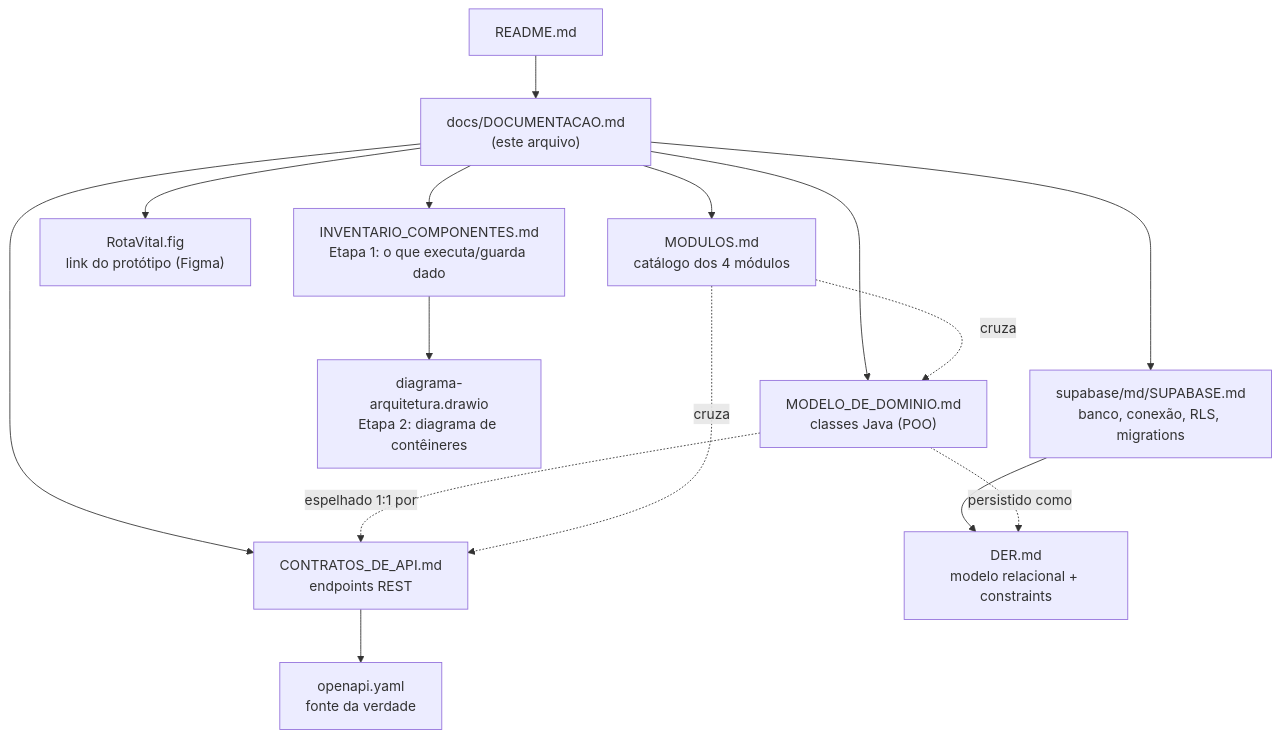
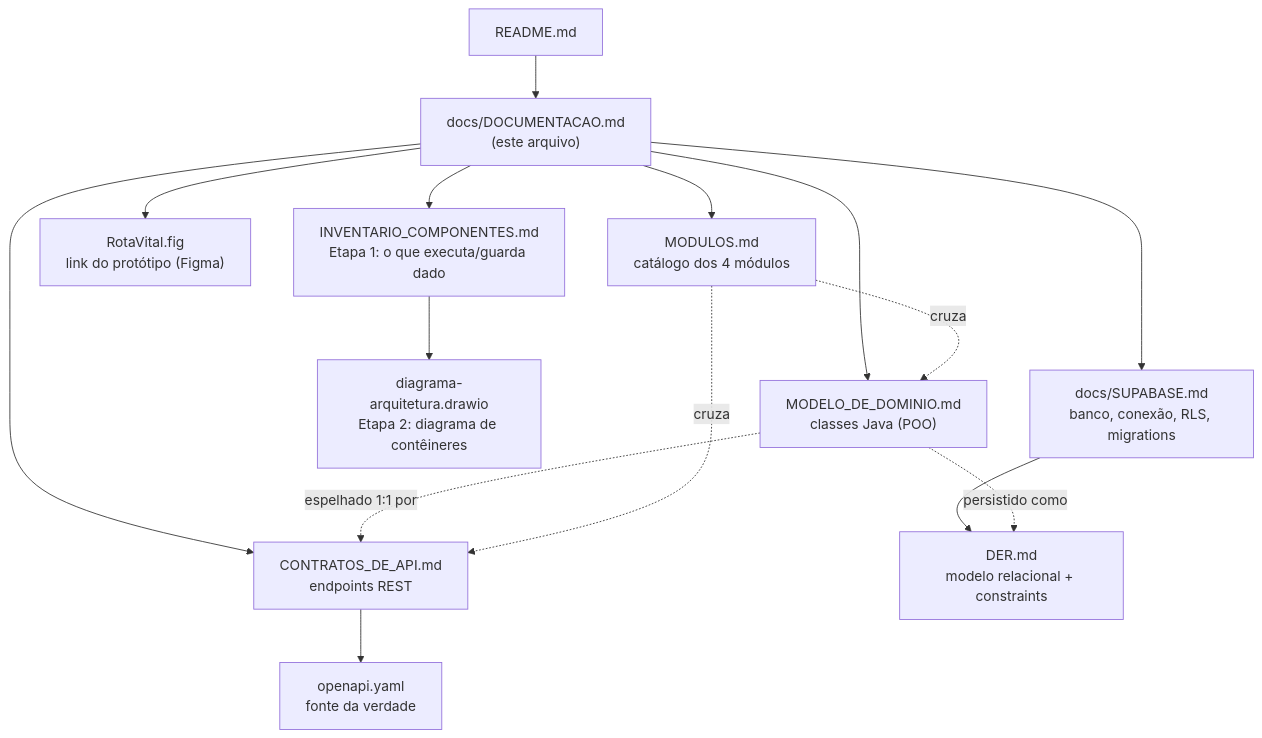
Before and after one commit to viictorpaes/Rotavital: the diagram in docs/DOCUMENTACAO.md, drawn with Mermaid. The commit also changed other lines of this file and 3 other files, not shown here.

````diff
--- a/docs/DOCUMENTACAO.md
+++ b/docs/DOCUMENTACAO.md
@@ -31,17 +31,17 @@
 ```mermaid
 flowchart TD
     R["README.md"] --> IDX["docs/DOCUMENTACAO.md<br/>(este arquivo)"]
     IDX --> DOM["MODELO_DE_DOMINIO.md<br/>classes Java (POO)"]
     IDX --> API["CONTRATOS_DE_API.md<br/>endpoints REST"]
     IDX --> MOD["MODULOS.md<br/>catálogo dos 4 módulos"]
     API --> SPEC["openapi.yaml<br/>fonte da verdade"]
     DOM -. "espelhado 1:1 por" .-> API
     MOD -. "cruza" .-> DOM
     MOD -. "cruza" .-> API
     IDX --> FIG["RotaVital.fig<br/>link do protótipo (Figma)"]
     IDX --> INV["INVENTARIO_COMPONENTES.md<br/>Etapa 1: o que executa/guarda dado"]
     INV --> DRAW["diagrama-arquitetura.drawio<br/>Etapa 2: diagrama de contêineres"]
-    IDX --> SB["supabase/md/SUPABASE.md<br/>banco, conexão, RLS, migrations"]
+    IDX --> SB["docs/SUPABASE.md<br/>banco, conexão, RLS, migrations"]
     SB --> DER["DER.md<br/>modelo relacional + constraints"]
     DOM -. "persistido como" .-> DER
 ```
````
